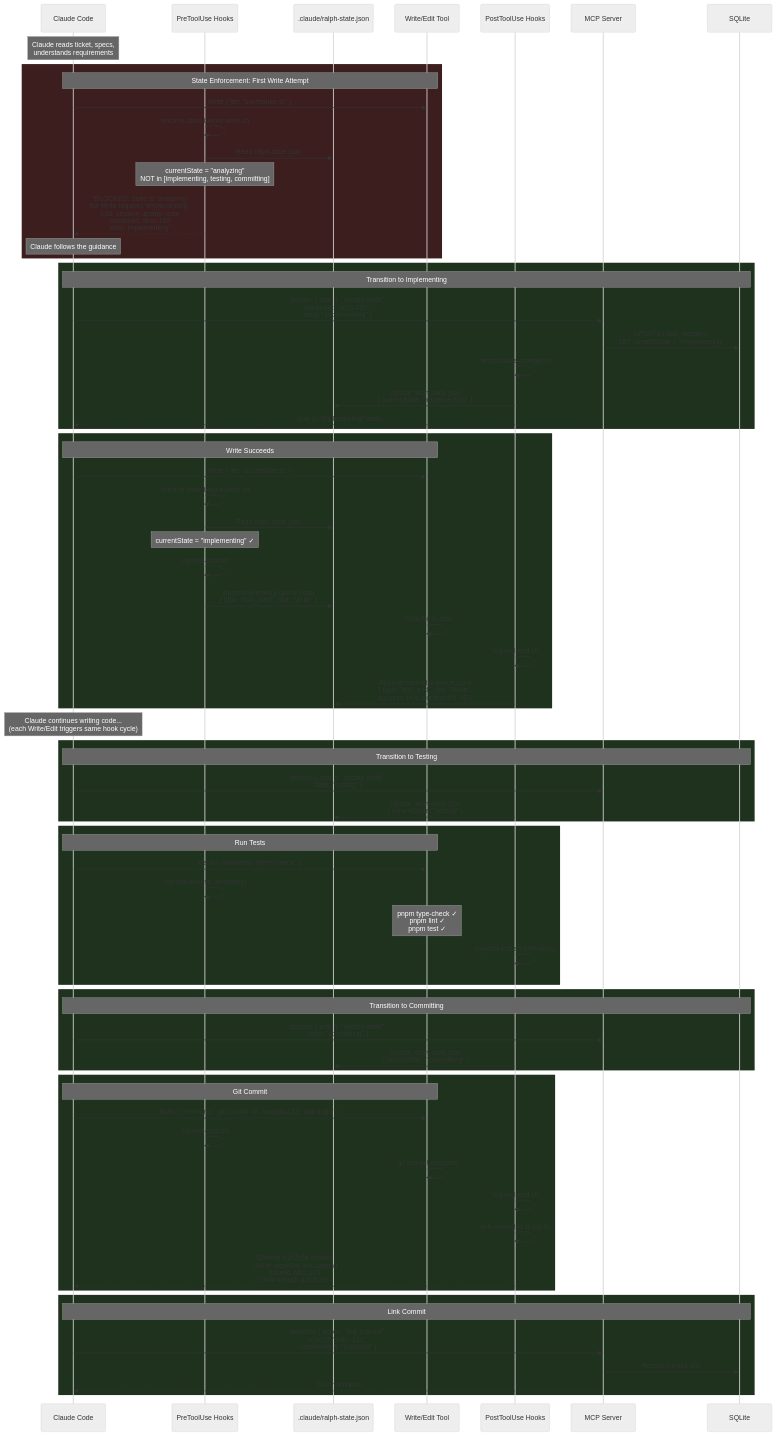
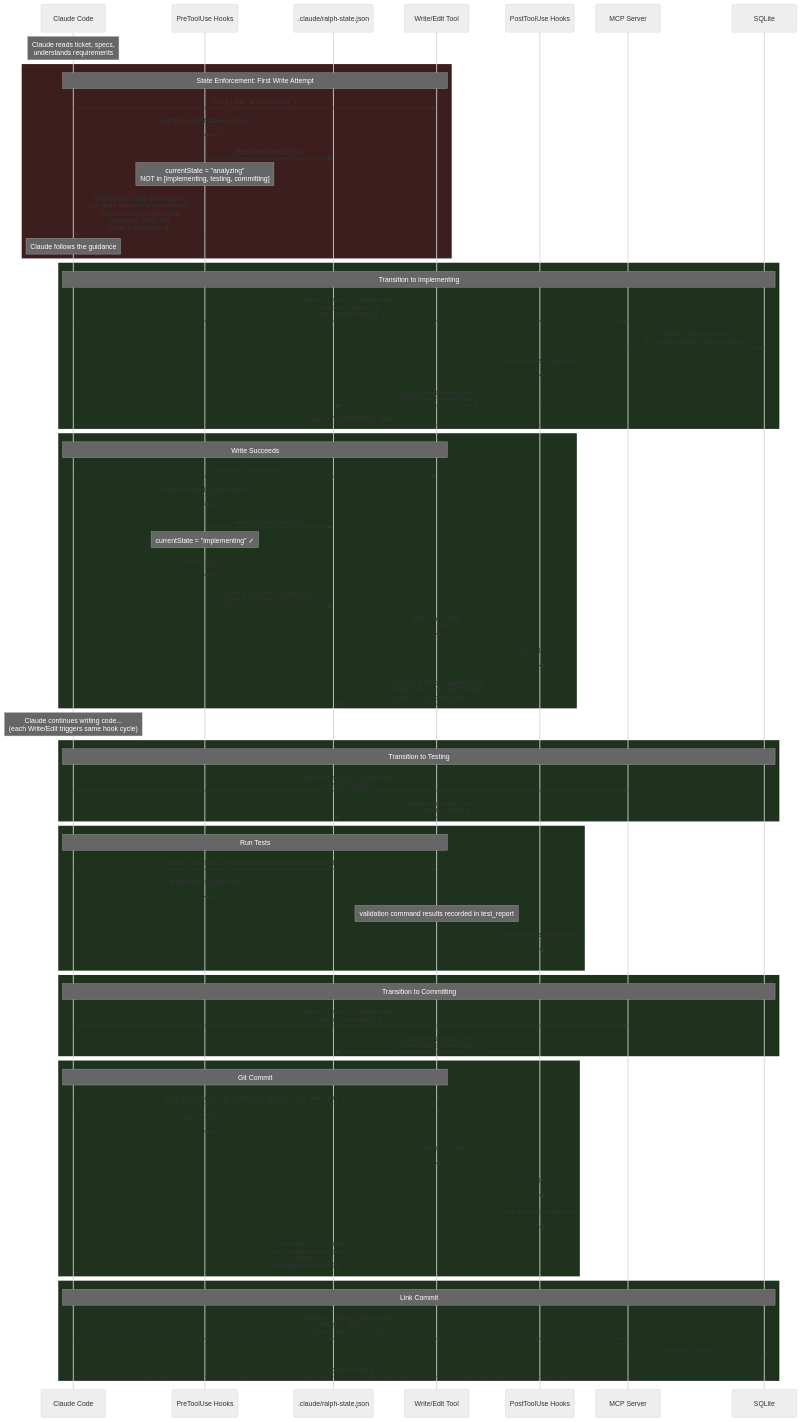
Before and after one commit to salmanrrana/brain-dump: the fourth of 15 diagrams in docs/claude-flow-ticket-lifecycle.md, drawn with Mermaid (neutral theme). The commit also changed other lines of this file and 40 other files, not shown here.

Commit message:
chore: discover project validation commands

```diff
--- a/docs/claude-flow-ticket-lifecycle.md
+++ b/docs/claude-flow-ticket-lifecycle.md
@@ -265,11 +265,11 @@
 
     rect rgb(30, 50, 30)
         Note over Claude,Tool: Run Tests
-        Claude->>Tool: Bash { command: "pnpm check" }
+        Claude->>Tool: Bash { command: "project-specific validation command" }
 
         PreHook->>PreHook: log-tool-start.sh (telemetry)
 
-        Note over Tool: pnpm type-check ✓<br/>pnpm lint ✓<br/>pnpm test ✓
+        Note over Tool: validation command results recorded in test_report
 
         PostHook->>PostHook: log-tool-end.sh (telemetry)
     end
```
